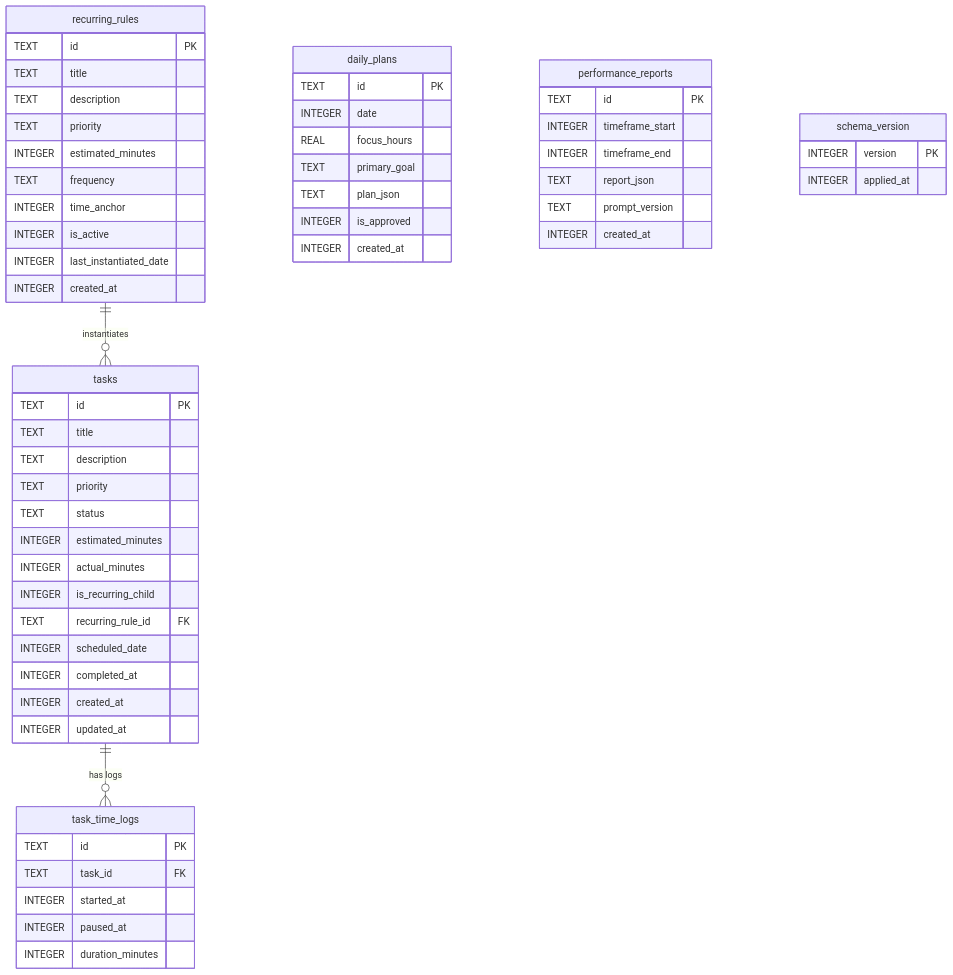
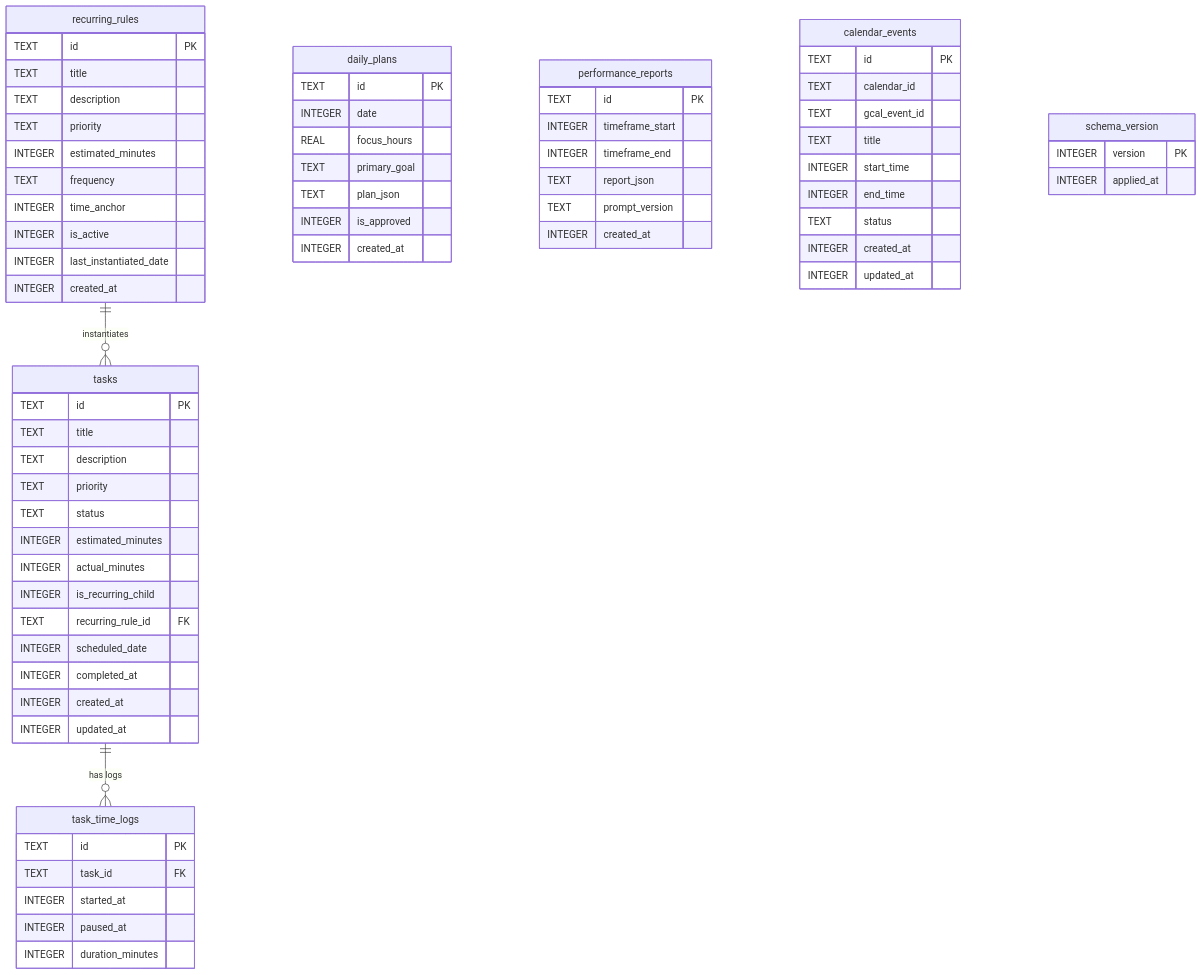
The second of 9 diagrams in ARCHITECTURE.md (thanhhuyvochau/todo-ultimate), drawn with Mermaid before and after one commit. The commit also changed other lines of this file and 24 other files, not shown here.

````diff
--- a/ARCHITECTURE.md
+++ b/ARCHITECTURE.md
@@ -162,61 +168,72 @@
 ```mermaid
 erDiagram
     tasks {
         TEXT id PK
         TEXT title
         TEXT description
         TEXT priority
         TEXT status
         INTEGER estimated_minutes
         INTEGER actual_minutes
         INTEGER is_recurring_child
         TEXT recurring_rule_id FK
         INTEGER scheduled_date
         INTEGER completed_at
         INTEGER created_at
         INTEGER updated_at
     }
     task_time_logs {
         TEXT id PK
         TEXT task_id FK
         INTEGER started_at
         INTEGER paused_at
         INTEGER duration_minutes
     }
     recurring_rules {
         TEXT id PK
         TEXT title
         TEXT description
         TEXT priority
         INTEGER estimated_minutes
         TEXT frequency
         INTEGER time_anchor
         INTEGER is_active
         INTEGER last_instantiated_date
         INTEGER created_at
     }
     daily_plans {
         TEXT id PK
         INTEGER date
         REAL focus_hours
         TEXT primary_goal
         TEXT plan_json
         INTEGER is_approved
         INTEGER created_at
     }
     performance_reports {
         TEXT id PK
         INTEGER timeframe_start
         INTEGER timeframe_end
         TEXT report_json
         TEXT prompt_version
         INTEGER created_at
     }
+    calendar_events {
+        TEXT id PK
+        TEXT calendar_id
+        TEXT gcal_event_id
+        TEXT title
+        INTEGER start_time
+        INTEGER end_time
+        TEXT status
+        INTEGER created_at
+        INTEGER updated_at
+    }
     schema_version {
         INTEGER version PK
         INTEGER applied_at
     }
 
     tasks ||--o{ task_time_logs : "has logs"
     recurring_rules ||--o{ tasks : "instantiates"
 ```
````
